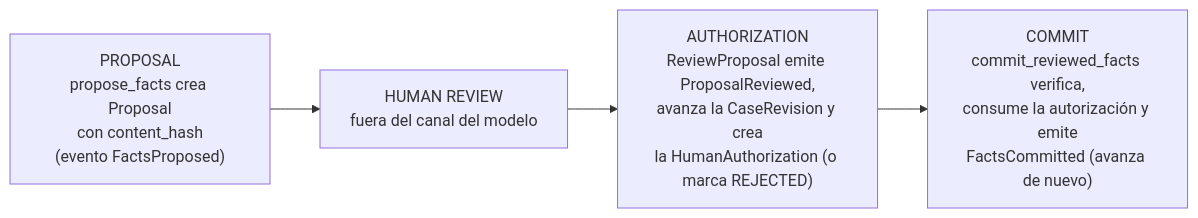
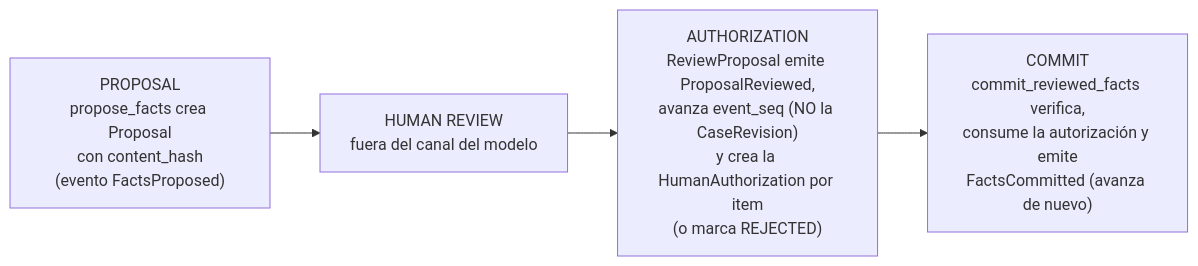
One commit to CHERCED-DEV/legal-workspace changed the diagram in docs/architecture/adrs/ADR-005-human-authority.md. Above: the diagram before and after it, drawn with Mermaid. The commit also changed other lines of this file and 1 other file, not shown here.

Commit message:
AC-02: enmendar ADR-004 y ADR-005 (schema evento, invariantes 5/9/10, validacion 2, aritmetica two-phase)

````diff
--- a/docs/architecture/adrs/ADR-005-human-authority.md
+++ b/docs/architecture/adrs/ADR-005-human-authority.md
@@ -33,6 +33,6 @@
 ```mermaid
 flowchart LR
     P["PROPOSAL<br/>propose_facts crea Proposal<br/>con content_hash<br/>(evento FactsProposed)"] --> R["HUMAN REVIEW<br/>fuera del canal del modelo"]
-    R --> A["AUTHORIZATION<br/>ReviewProposal emite ProposalReviewed,<br/>avanza la CaseRevision y crea<br/>la HumanAuthorization (o marca REJECTED)"]
+    R --> A["AUTHORIZATION<br/>ReviewProposal emite ProposalReviewed,<br/>avanza event_seq (NO la CaseRevision)<br/>y crea la HumanAuthorization por item<br/>(o marca REJECTED)"]
     A --> C["COMMIT<br/>commit_reviewed_facts verifica,<br/>consume la autorización y emite<br/>FactsCommitted (avanza de nuevo)"]
 ```
````
